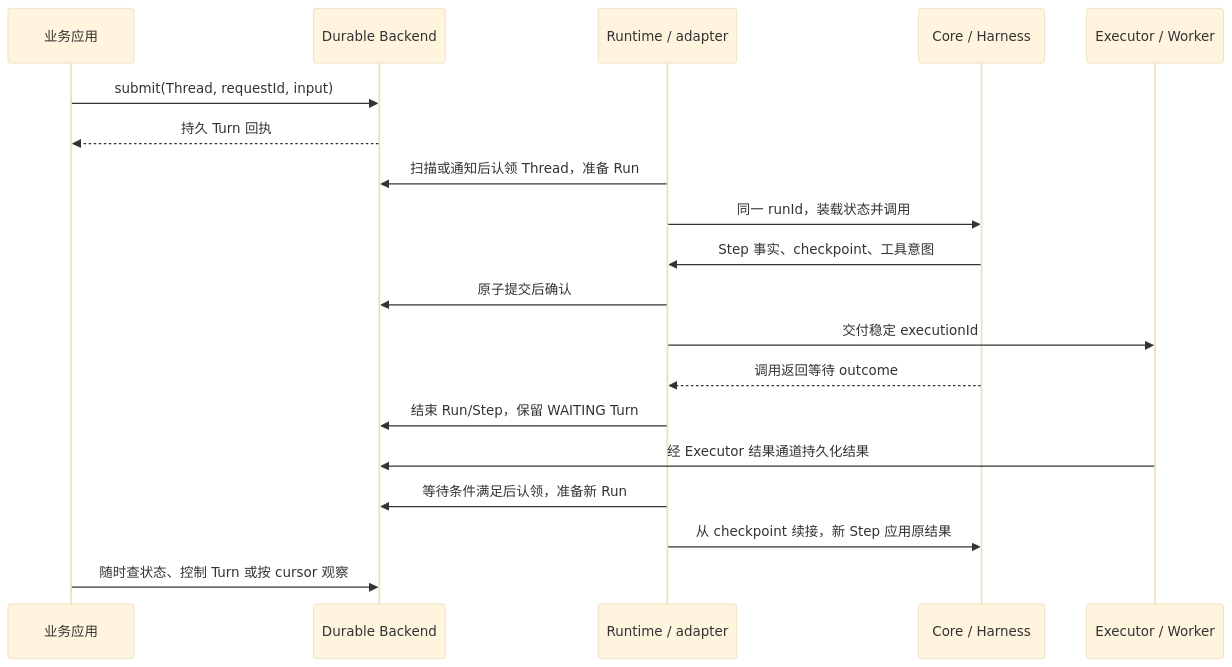
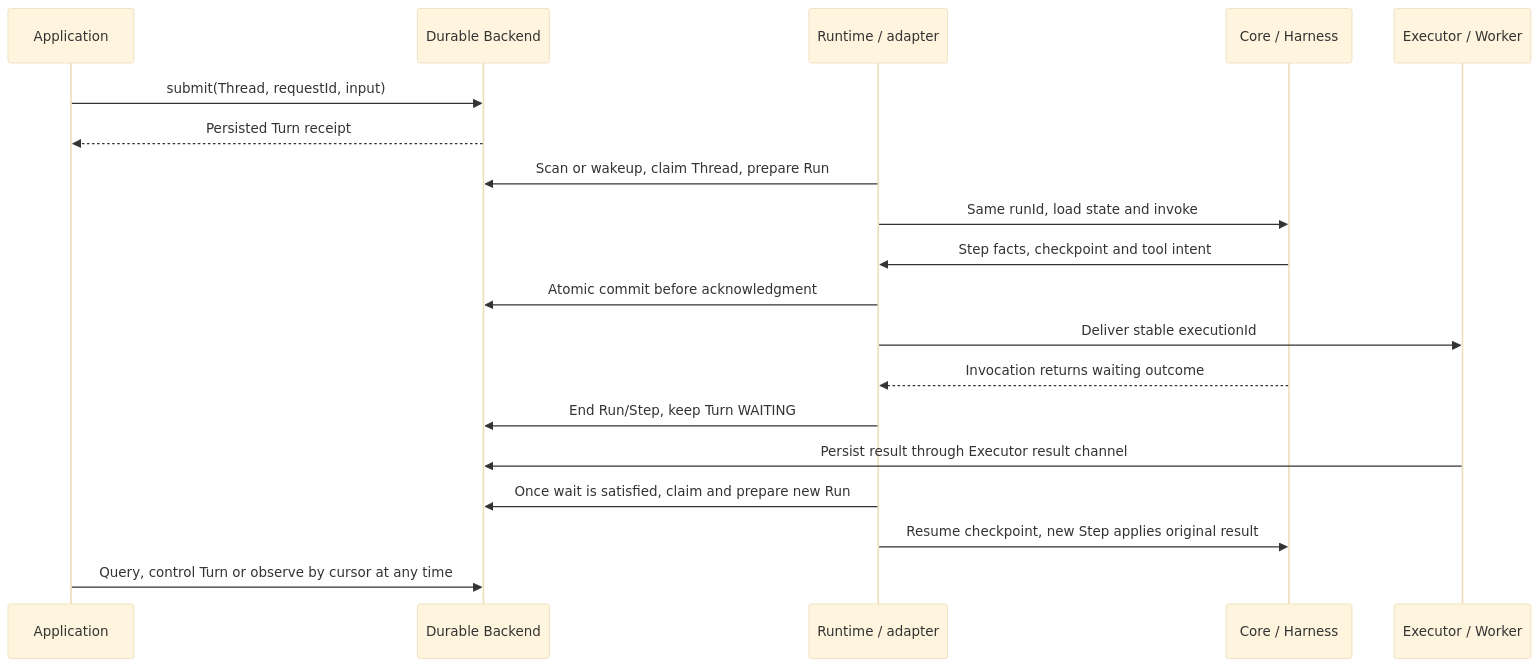
The diagram in agentscope-durable/docs/design/execution-model-plan.md (agentscope-ai/agentscope-java), drawn with Mermaid (base theme) before and after one commit. The commit also changed other lines of this file and 32 other files, not shown here.

````diff
--- a/agentscope-durable/docs/design/execution-model-plan.md
+++ b/agentscope-durable/docs/design/execution-model-plan.md
@@ -275,21 +273,21 @@
 ```mermaid
 sequenceDiagram
-    participant App as 业务应用
+    participant App as Application
     participant Backend as Durable Backend
     participant Brain as Runtime / adapter
     participant Agent as Core / Harness
     participant Hands as Executor / Worker
     App->>Backend: submit(Thread, requestId, input)
-    Backend-->>App: 持久 Turn 回执
-    Brain->>Backend: 扫描或通知后认领 Thread，准备 Run
-    Brain->>Agent: 同一 runId，装载状态并调用
-    Agent->>Brain: Step 事实、checkpoint、工具意图
-    Brain->>Backend: 原子提交后确认
-    Brain->>Hands: 交付稳定 executionId
-    Agent-->>Brain: 调用返回等待 outcome
-    Brain->>Backend: 结束 Run/Step，保留 WAITING Turn
-    Hands->>Backend: 经 Executor 结果通道持久化结果
-    Brain->>Backend: 等待条件满足后认领，准备新 Run
-    Brain->>Agent: 从 checkpoint 续接，新 Step 应用原结果
-    App->>Backend: 随时查状态、控制 Turn 或按 cursor 观察
+    Backend-->>App: Persisted Turn receipt
+    Brain->>Backend: Scan or wakeup, claim Thread, prepare Run
+    Brain->>Agent: Same runId, load state and invoke
+    Agent->>Brain: Step facts, checkpoint and tool intent
+    Brain->>Backend: Atomic commit before acknowledgment
+    Brain->>Hands: Deliver stable executionId
+    Agent-->>Brain: Invocation returns waiting outcome
+    Brain->>Backend: End Run/Step, keep Turn WAITING
+    Hands->>Backend: Persist result through Executor result channel
+    Brain->>Backend: Once wait is satisfied, claim and prepare new Run
+    Brain->>Agent: Resume checkpoint, new Step applies original result
+    App->>Backend: Query, control Turn or observe by cursor at any time
 ```
````
